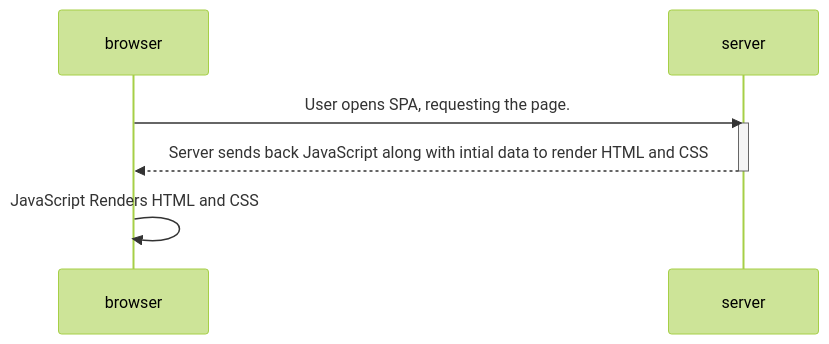
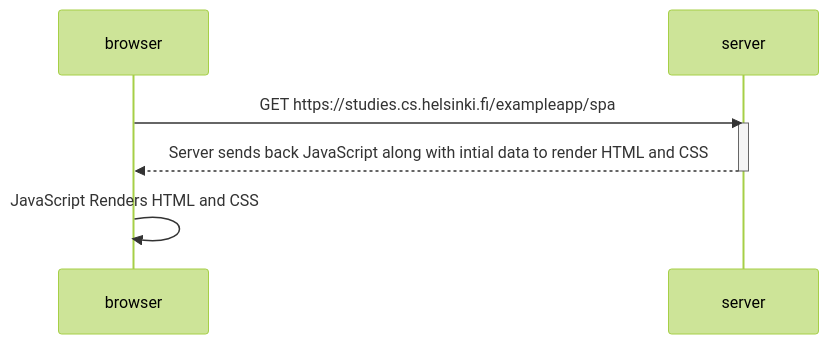
Before and after one commit to ashcoder98/part0: the second of 3 diagrams in README.md, drawn with Mermaid (forest theme).

Commit message:
edits exercise 0.5

````diff
--- a/README.md
+++ b/README.md
@@ -38,12 +38,12 @@
 ```mermaid
 sequenceDiagram
     participant browser
     participant server
 
-    browser->>server: User opens SPA, requesting the page.
+    browser->>server: GET https://studies.cs.helsinki.fi/exampleapp/spa
     activate server
     server-->>browser: Server sends back JavaScript along with intial data to render HTML and CSS
     deactivate server
 
     browser->>browser: JavaScript Renders HTML and CSS
 ```
````
